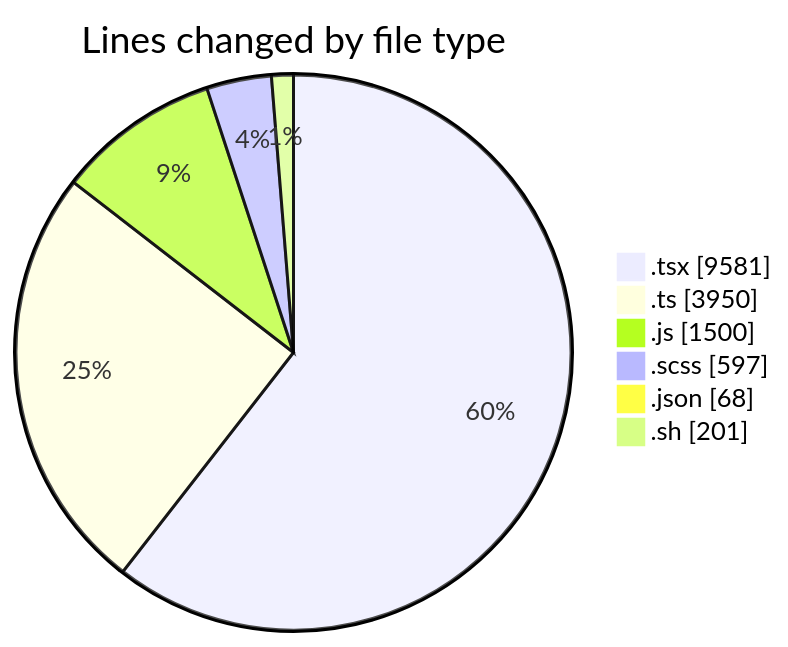
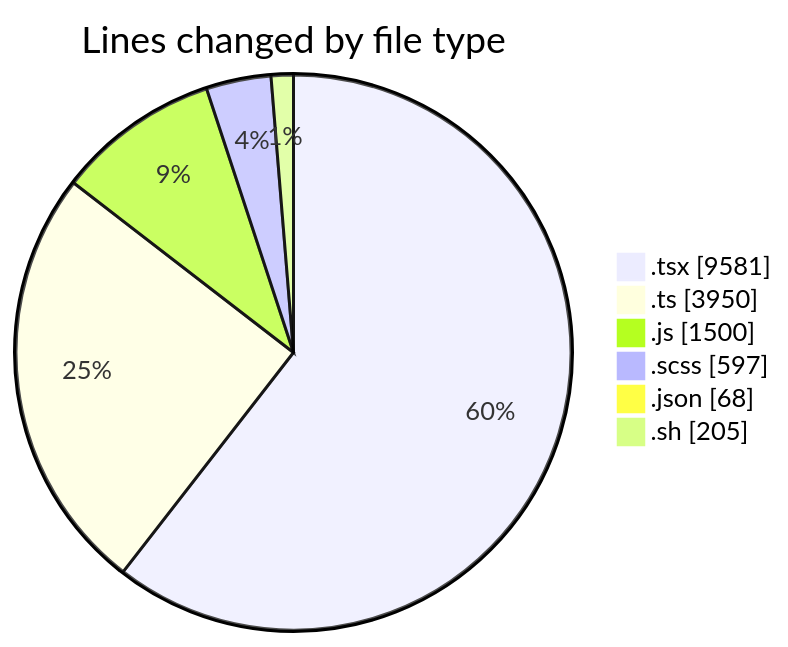
One commit to momahboobian/code-tracking changed the first of 2 diagrams in 2026-06-10/cda/README.md. Above: the diagram before and after it, drawn with Mermaid. The commit also changed other lines of this file and 1 other file, not shown here.

````diff
--- a/2026-06-10/cda/README.md
+++ b/2026-06-10/cda/README.md
@@ -66,10 +66,10 @@
 ```mermaid
 pie showData
 title Lines changed by file type
 ".tsx" : 9581
 ".ts" : 3950
 ".js" : 1500
 ".scss" : 597
 ".json" : 68
-".sh" : 201
+".sh" : 205
 ```
````
